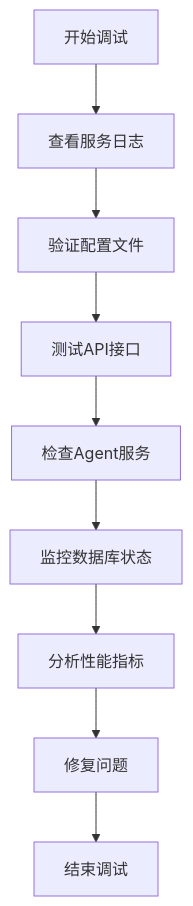
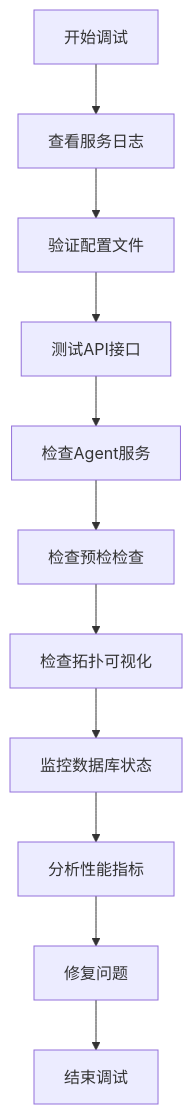
One commit to Liyuhao02/Jmeter-Admin changed diagram 18 of 18 in .qoder/repowiki/zh/content/核心业务模块/Slave节点管理系统/Slave节点管理系统.md. Above: the diagram before and after it, drawn with Mermaid. The commit also changed other lines of this file and 16 other files, not shown here.

````diff
--- a/.qoder/repowiki/zh/content/核心业务模块/Slave节点管理系统/Slave节点管理系统.md
+++ b/.qoder/repowiki/zh/content/核心业务模块/Slave节点管理系统/Slave节点管理系统.md
@@ -717,11 +920,13 @@
 ```mermaid
 flowchart TD
 DebugStart[开始调试] --> CheckLogs[查看服务日志]
 CheckLogs --> VerifyConfig[验证配置文件]
 VerifyConfig --> TestAPI[测试API接口]
 TestAPI --> CheckAgent[检查Agent服务]
-CheckAgent --> MonitorDB[监控数据库状态]
+CheckAgent --> CheckPreflight[检查预检检查]
+CheckPreflight --> CheckTopology[检查拓扑可视化]
+CheckTopology --> MonitorDB[监控数据库状态]
 MonitorDB --> AnalyzeMetrics[分析性能指标]
 AnalyzeMetrics --> FixIssues[修复问题]
 FixIssues --> EndDebug[结束调试]
 ```
````
